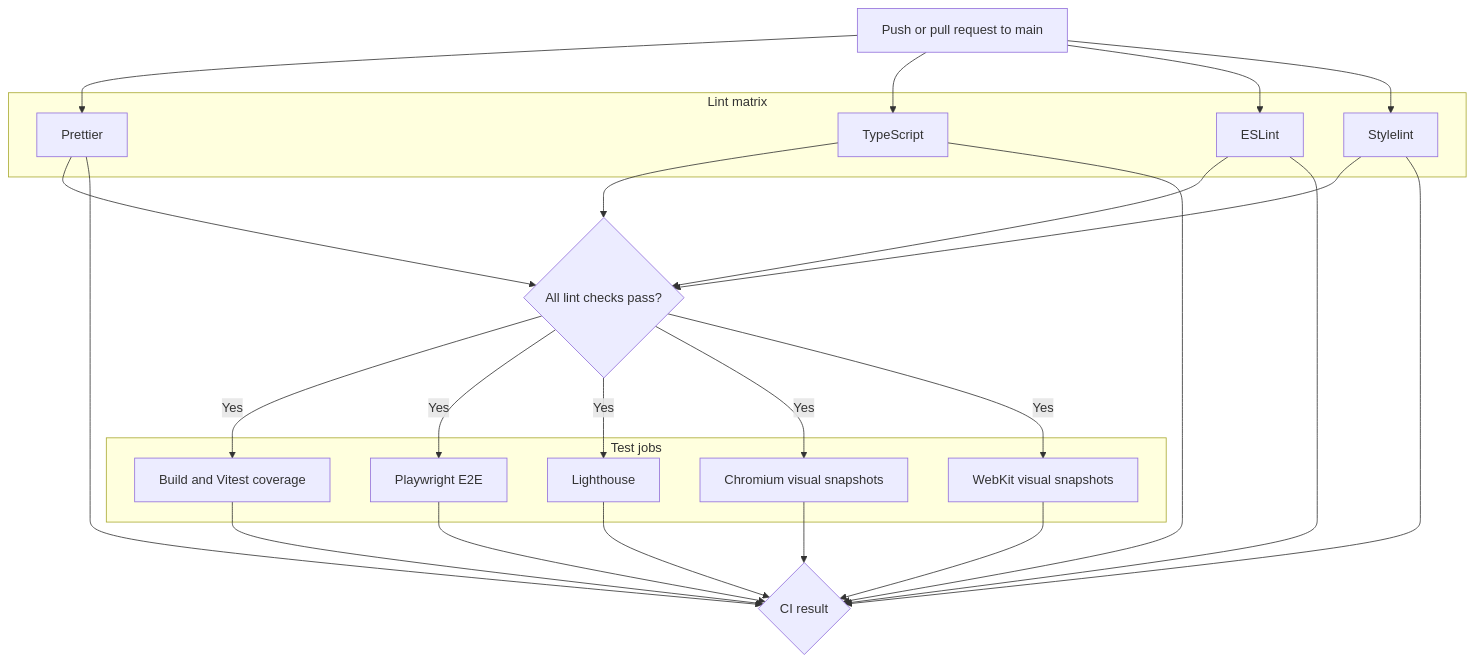
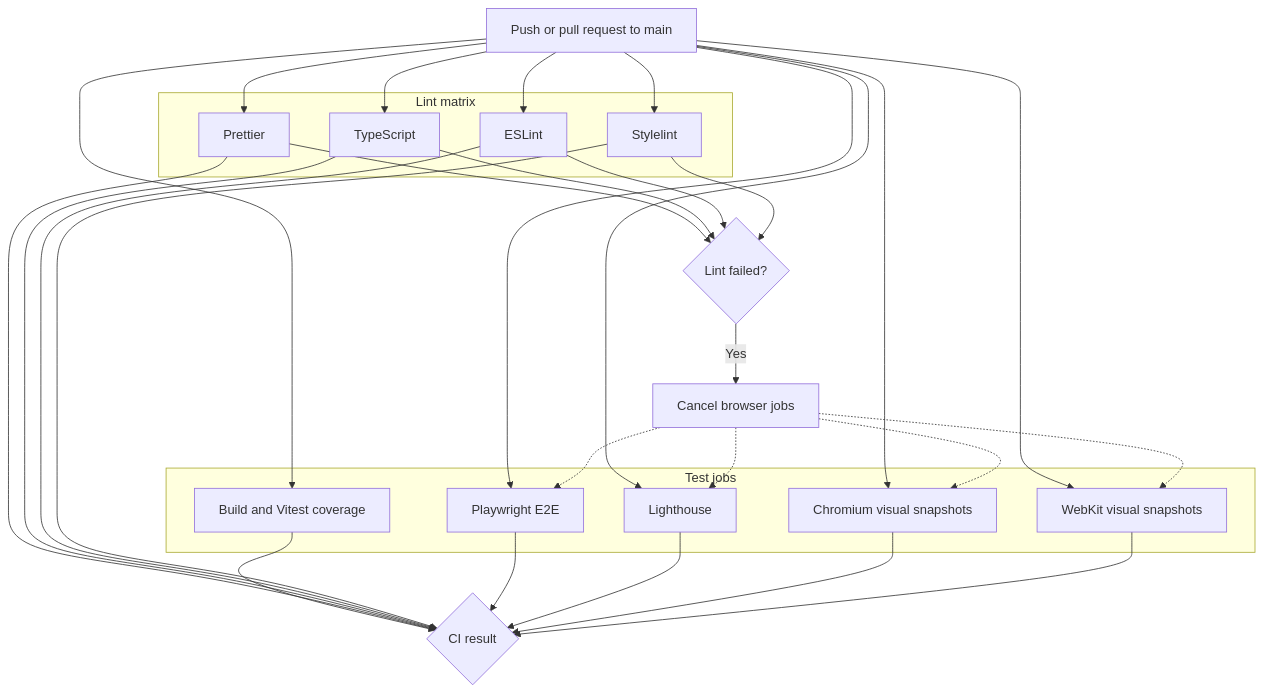
One commit to danikas2k2/rusys changed the first of 2 diagrams in docs/DEVELOPMENT-AND-DEPLOYMENT.md. Above: the diagram before and after it, drawn with Mermaid. The commit also changed other lines of this file and 1 other file, not shown here.

Commit message:
#298: run CI checks in parallel and cancel browser tests on lint failure
- Enable fail-fast for lint checks to cancel remaining jobs on the first failure
- Implement cancellation of browser jobs if any lint check fails
- Update CI configuration to run browser tests concurrently with lint checks

````diff
--- a/docs/DEVELOPMENT-AND-DEPLOYMENT.md
+++ b/docs/DEVELOPMENT-AND-DEPLOYMENT.md
@@ -64,39 +65,44 @@
 ```mermaid
 flowchart TB
     Trigger[Push or pull request to main]
     subgraph Lint["Lint matrix"]
         Format[Prettier]
         TS[TypeScript]
         ESLint[ESLint]
         Stylelint[Stylelint]
     end
     Trigger --> Format
     Trigger --> TS
     Trigger --> ESLint
     Trigger --> Stylelint
-    Format --> Gate{All lint checks pass?}
-    TS --> Gate
-    ESLint --> Gate
-    Stylelint --> Gate
     subgraph Tests["Test jobs"]
         Build[Build and Vitest coverage]
         E2E[Playwright E2E]
         LH[Lighthouse]
         VisualC[Chromium visual snapshots]
         VisualW[WebKit visual snapshots]
     end
-    Gate -->|Yes| Build
-    Gate -->|Yes| E2E
-    Gate -->|Yes| LH
-    Gate -->|Yes| VisualC
-    Gate -->|Yes| VisualW
+    Trigger --> Build
+    Trigger --> E2E
+    Trigger --> LH
+    Trigger --> VisualC
+    Trigger --> VisualW
+    Format --> LintFailure{Lint failed?}
+    TS --> LintFailure
+    ESLint --> LintFailure
+    Stylelint --> LintFailure
+    LintFailure -->|Yes| Cancel[Cancel browser jobs]
+    Cancel -.-> E2E
+    Cancel -.-> LH
+    Cancel -.-> VisualC
+    Cancel -.-> VisualW
     Build --> Result{CI result}
     Format --> Result
     TS --> Result
     ESLint --> Result
     Stylelint --> Result
     E2E --> Result
     LH --> Result
     VisualC --> Result
     VisualW --> Result
 ```
````
